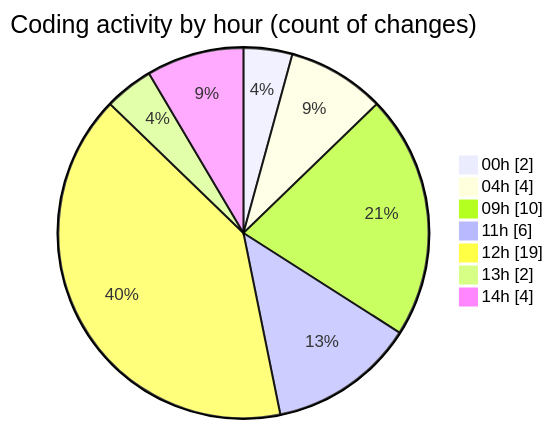
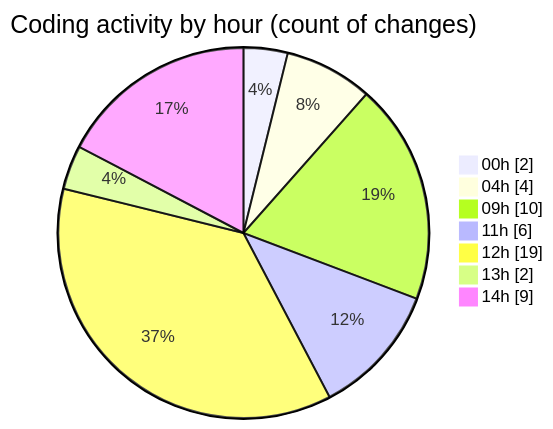
Before and after one commit to julien-gomy/code-tracking: the second of 2 diagrams in 2025-10-28/eventscop-frontend-guide__workspace_/README.md, drawn with Mermaid. The commit also changed other lines of this file and 1 other file, not shown here.

````diff
--- a/2025-10-28/eventscop-frontend-guide__workspace_/README.md
+++ b/2025-10-28/eventscop-frontend-guide__workspace_/README.md
@@ -45,11 +48,11 @@
 ```mermaid
 pie showData
 title Coding activity by hour (count of changes)
 "00h" : 2
 "04h" : 4
 "09h" : 10
 "11h" : 6
 "12h" : 19
 "13h" : 2
-"14h" : 4
+"14h" : 9
 ```
````
